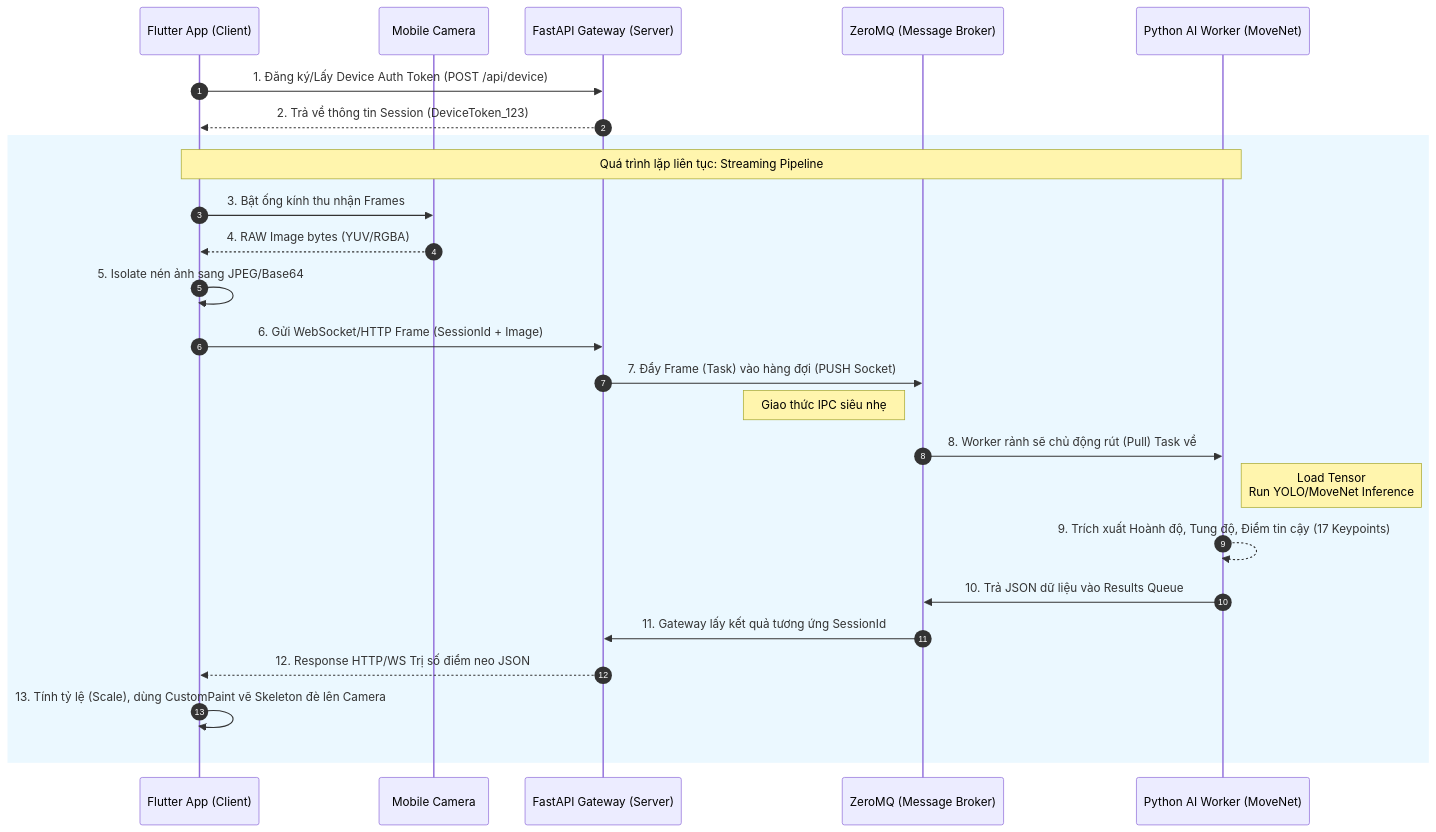
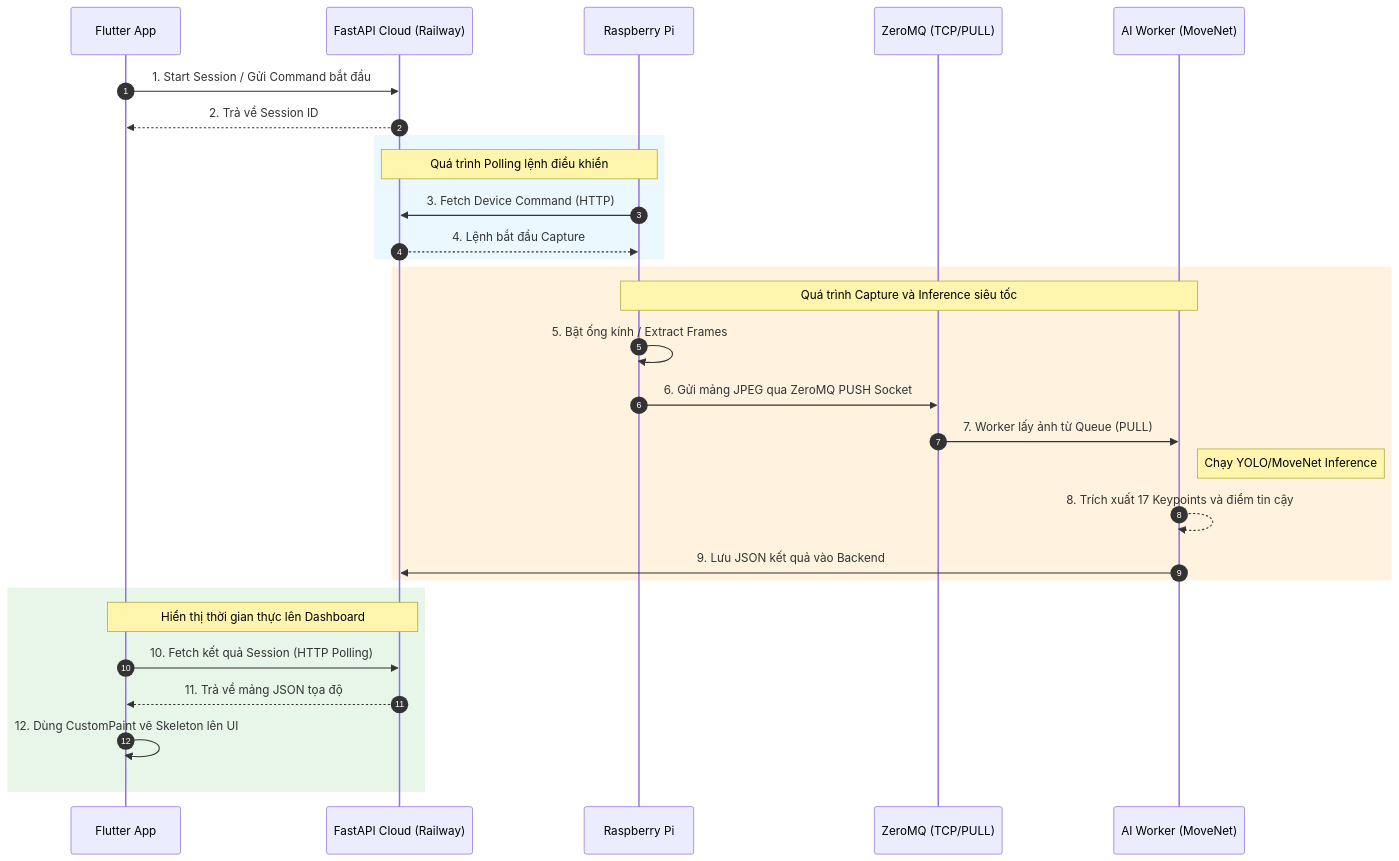
The third of 3 diagrams in PBL5_Report.md (daikaduc05/PBL5), drawn with Mermaid before and after one commit. The commit also changed other lines of this file and 14 other files, not shown here.

Commit message:
feat: implement backend API service, web-compatible socket stub, and configuration management for pose tracking app

````diff
--- a/PBL5_Report.md
+++ b/PBL5_Report.md
@@ -225,32 +174,36 @@
 ```mermaid
 sequenceDiagram
     autonumber
-    participant UI as Flutter App (Client)
-    participant HW as Mobile Camera
-    participant GA as FastAPI Gateway (Server)
-    participant MQ as ZeroMQ (Message Broker)
-    participant AI as Python AI Worker (MoveNet)
+    participant UI as Flutter App
+    participant GA as FastAPI Cloud (Railway)
+    participant HW as Raspberry Pi
+    participant MQ as ZeroMQ (TCP/PULL)
+    participant AI as AI Worker (MoveNet)
 
-    UI->>GA: 1. Đăng ký/Lấy Device Auth Token (POST /api/device)
-    GA-->>UI: 2. Trả về thông tin Session (DeviceToken_123)
+    UI->>GA: 1. Start Session / Gửi Command bắt đầu
+    GA-->>UI: 2. Trả về Session ID
     
     rect rgb(235, 248, 255)
-        Note over UI,AI: Quá trình lặp liên tục: Streaming Pipeline
-        UI->>HW: 3. Bật ống kính thu nhận Frames
-        HW-->>UI: 4. RAW Image bytes (YUV/RGBA)
-        UI->>UI: 5. Isolate nén ảnh sang JPEG/Base64
-        UI->>GA: 6. Gửi WebSocket/HTTP Frame (SessionId + Image)
+        Note over HW,GA: Quá trình Polling lệnh điều khiển
+        HW->>GA: 3. Fetch Device Command (HTTP)
+        GA-->>HW: 4. Lệnh bắt đầu Capture
+    end
+
+    rect rgb(255, 243, 224)
+        Note over HW,AI: Quá trình Capture và Inference siêu tốc
+        HW->>HW: 5. Bật ống kính / Extract Frames
+        HW->>MQ: 6. Gửi mảng JPEG qua ZeroMQ PUSH Socket
         
-        GA->>MQ: 7. Đẩy Frame (Task) vào hàng đợi (PUSH Socket)
-        Note left of MQ: Giao thức IPC siêu nhẹ
-        
-        MQ->>AI: 8. Worker rảnh sẽ chủ động rút (Pull) Task về
-        Note right of AI: Load Tensor <br> Run YOLO/MoveNet Inference
-        AI-->>AI: 9. Trích xuất Hoành độ, Tung độ, Điểm tin cậy (17 Keypoints)
-        AI->>MQ: 10. Trả JSON dữ liệu vào Results Queue
-        
-        MQ->>GA: 11. Gateway lấy kết quả tương ứng SessionId
-        GA-->>UI: 12. Response HTTP/WS Trị số điểm neo JSON
-        UI->>UI: 13. Tính tỷ lệ (Scale), dùng CustomPaint vẽ Skeleton đè lên Camera
+        MQ->>AI: 7. Worker lấy ảnh từ Queue (PULL)
+        Note right of AI: Chạy YOLO/MoveNet Inference
+        AI-->>AI: 8. Trích xuất 17 Keypoints và điểm tin cậy
+        AI->>GA: 9. Lưu JSON kết quả vào Backend
+    end
+
+    rect rgb(232, 245, 233)
+        Note over UI,GA: Hiển thị thời gian thực lên Dashboard
+        UI->>GA: 10. Fetch kết quả Session (HTTP Polling)
+        GA-->>UI: 11. Trả về mảng JSON tọa độ
+        UI->>UI: 12. Dùng CustomPaint vẽ Skeleton lên UI
     end
 ```
````
